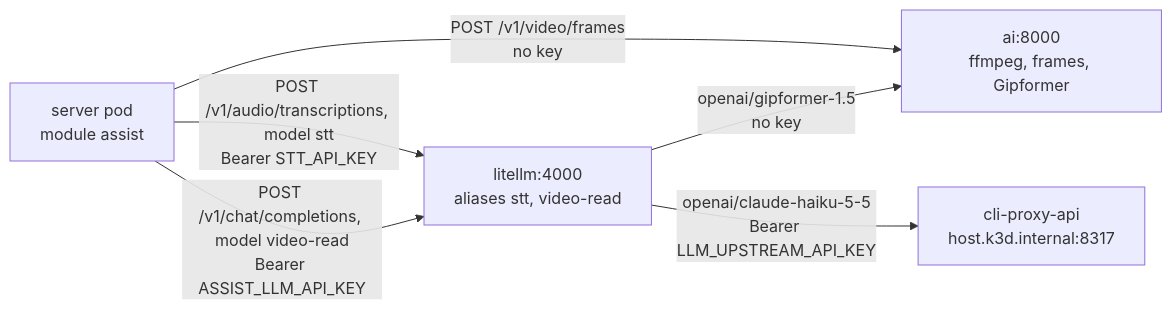
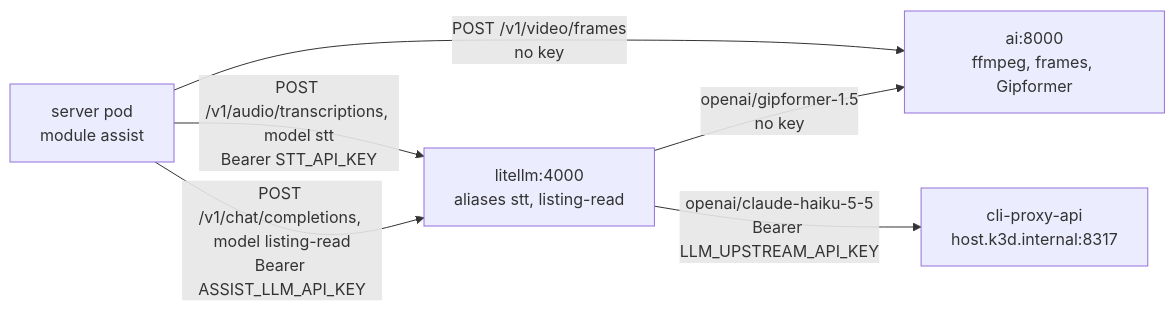
One commit to shopnexus/docs changed the third of 6 diagrams in web/src/content/docs/en/operations/cluster/llm-gateway.mdx. Above: the diagram before and after it, drawn with Mermaid. The commit also changed other lines of this file and 1 other file, not shown here.

Commit message:
docs: listing-read, the alias every listing read calls

````diff
--- a/web/src/content/docs/en/operations/cluster/llm-gateway.mdx
+++ b/web/src/content/docs/en/operations/cluster/llm-gateway.mdx
@@ -36,8 +36,8 @@
 ```mermaid title="A video read, from the server to ai and the model"
 flowchart LR
   server["server pod<br/>module assist"] -->|"POST /v1/video/frames<br/>no key"| ai["ai:8000<br/>ffmpeg, frames, Gipformer"]
-  server -->|"POST /v1/audio/transcriptions, model stt<br/>Bearer STT_API_KEY"| litellm["litellm:4000<br/>aliases stt, video-read"]
-  server -->|"POST /v1/chat/completions, model video-read<br/>Bearer ASSIST_LLM_API_KEY"| litellm
+  server -->|"POST /v1/audio/transcriptions, model stt<br/>Bearer STT_API_KEY"| litellm["litellm:4000<br/>aliases stt, listing-read"]
+  server -->|"POST /v1/chat/completions, model listing-read<br/>Bearer ASSIST_LLM_API_KEY"| litellm
   litellm -->|"openai/gipformer-1.5<br/>no key"| ai
   litellm -->|"openai/claude-haiku-5-5<br/>Bearer LLM_UPSTREAM_API_KEY"| proxy["cli-proxy-api<br/>host.k3d.internal:8317"]
 ```
````
